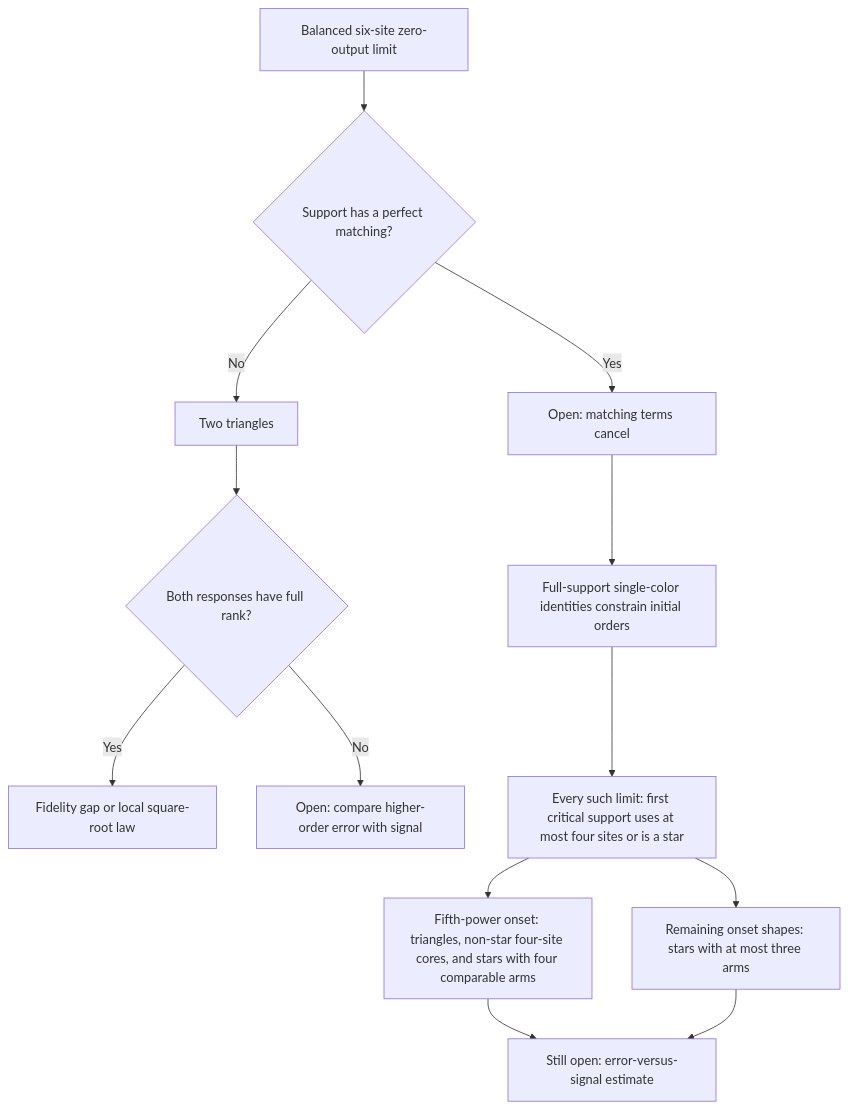
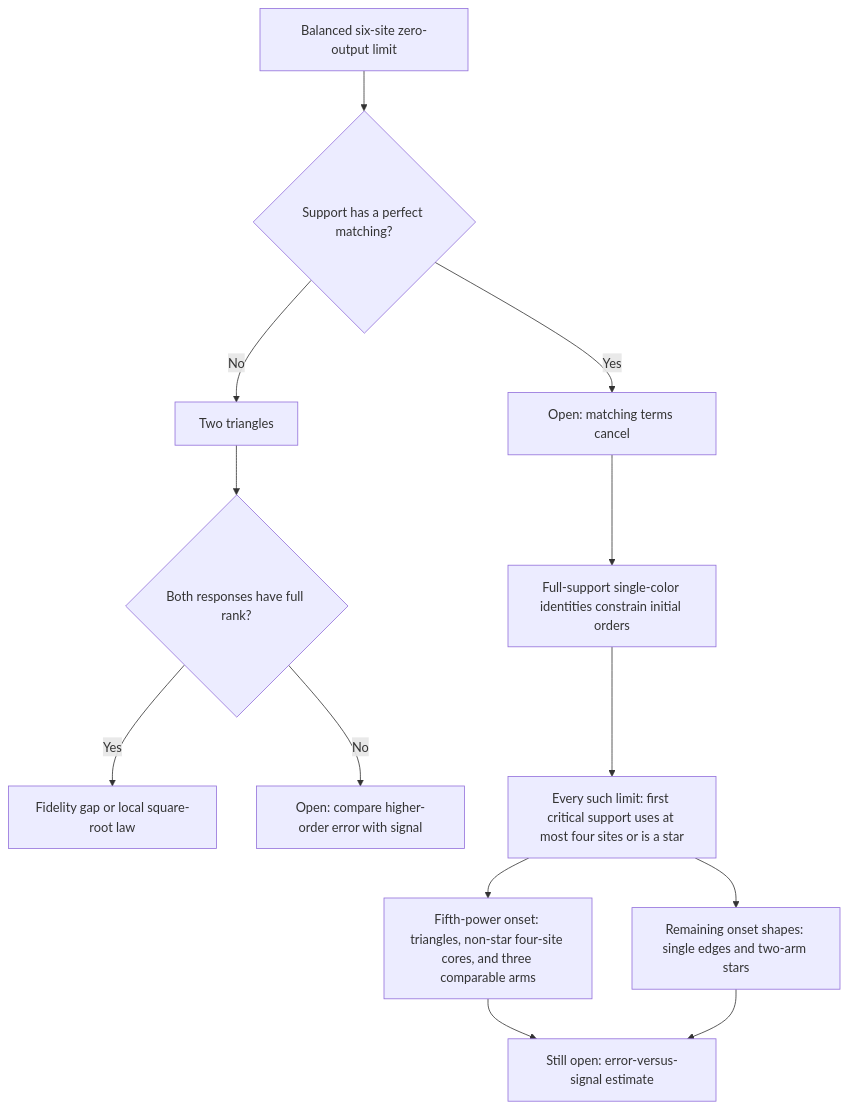
One commit to rrajasek95/krenn-conjecture changed the diagram in research/ghz-rates/README.md. Above: the diagram before and after it, drawn with Mermaid. The commit also changed other lines of this file and 11 other files, not shown here.

Commit message:
Prove uniform GHZ onset from three comparable arms

```diff
--- a/research/ghz-rates/README.md
+++ b/research/ghz-rates/README.md
@@ -48,15 +49,15 @@
 ~~~mermaid
 flowchart TD
     A["Balanced six-site zero-output limit"] --> B{"Support has a perfect matching?"}
     B -->|No| C["Two triangles"]
     C --> D{"Both responses have full rank?"}
     D -->|Yes| E["Fidelity gap or local square-root law"]
     D -->|No| F["Open: compare higher-order error with signal"]
     B -->|Yes| G["Open: matching terms cancel"]
     G --> H["Full-support single-color identities constrain initial orders"]
     H --> I["Every such limit: first critical support uses at most four sites or is a star"]
-    I --> J["Fifth-power onset: triangles, non-star four-site cores, and stars with four comparable arms"]
-    I --> K["Remaining onset shapes: stars with at most three arms"]
+    I --> J["Fifth-power onset: triangles, non-star four-site cores, and three comparable arms"]
+    I --> K["Remaining onset shapes: single edges and two-arm stars"]
     J --> L["Still open: error-versus-signal estimate"]
     K --> L
 ~~~
```
